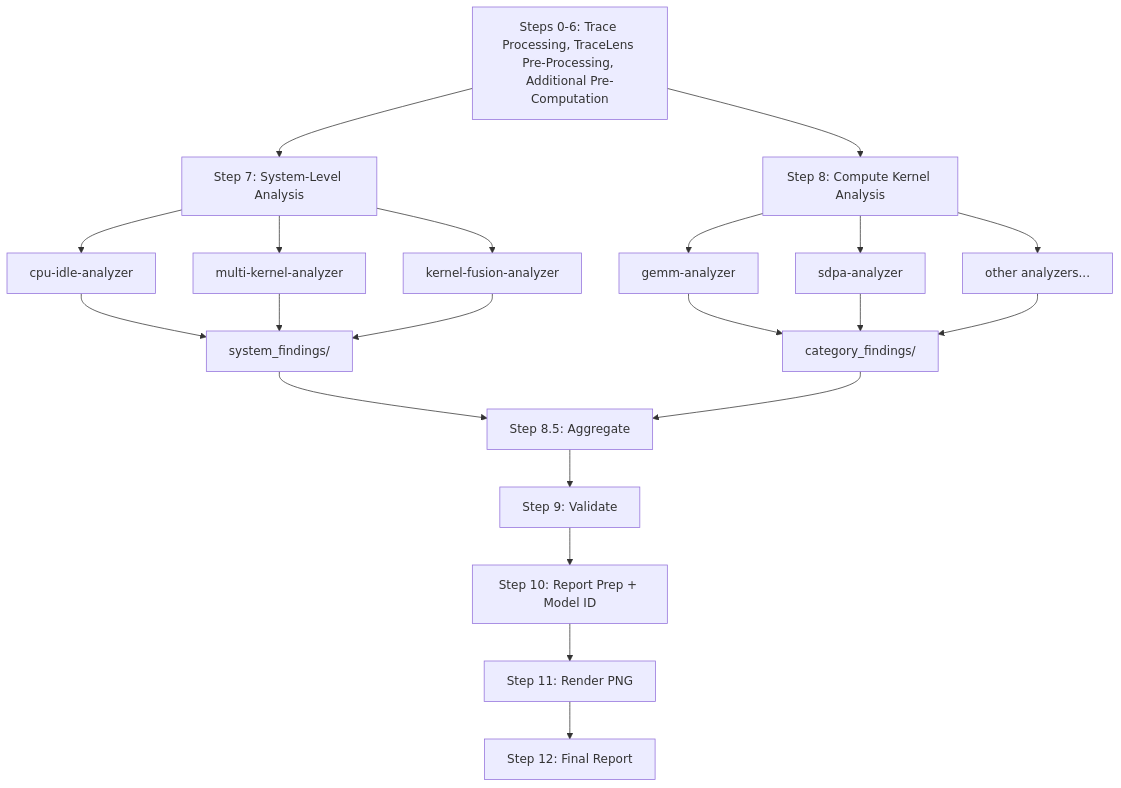
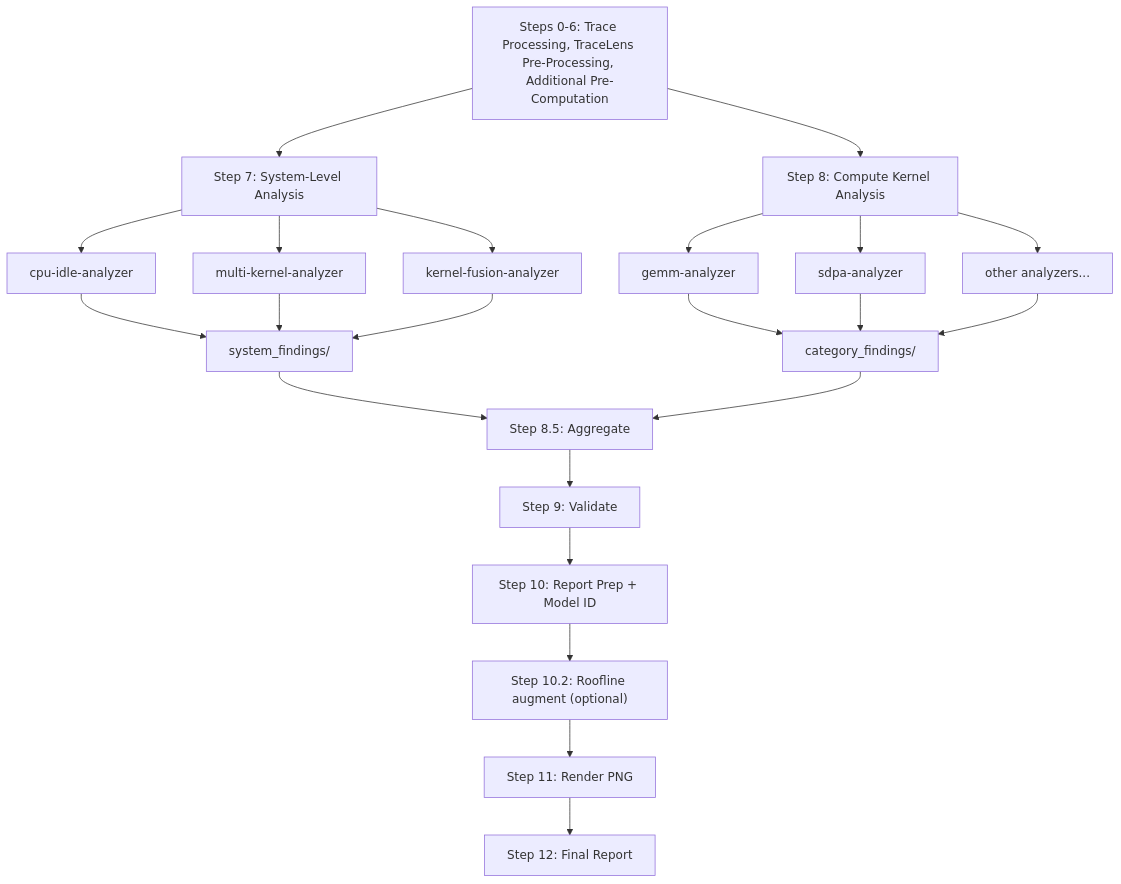
One commit to AMD-AGI/TraceLens changed the diagram in TraceLens/Agent/Analysis/README.md. Above: the diagram before and after it, drawn with Mermaid. The commit also changed other lines of this file and 5 other files, not shown here.

````diff
--- a/TraceLens/Agent/Analysis/README.md
+++ b/TraceLens/Agent/Analysis/README.md
@@ -238,27 +238,28 @@
 ```mermaid
 flowchart TD
     Prep["Steps 0-6: Trace Processing, TraceLens Pre-Processing, Additional Pre-Computation"]
     Prep --> Step7["Step 7: System-Level Analysis"]
     Prep --> Step8["Step 8: Compute Kernel Analysis"]
 
     Step7 --> CpuIdle["cpu-idle-analyzer"]
     Step7 --> MultiKernel["multi-kernel-analyzer"]
     Step7 --> KernelFusion["kernel-fusion-analyzer"]
     CpuIdle --> SysFindings["system_findings/"]
     MultiKernel --> SysFindings
     KernelFusion --> SysFindings
 
     Step8 --> Gemm["gemm-analyzer"]
     Step8 --> Sdpa["sdpa-analyzer"]
     Step8 --> Others["other analyzers..."]
     Gemm --> CatFindings["category_findings/"]
     Sdpa --> CatFindings
     Others --> CatFindings
 
     SysFindings --> Agg["Step 8.5: Aggregate"]
     CatFindings --> Agg
     Agg --> Step9["Step 9: Validate"]
     Step9 --> Step10["Step 10: Report Prep + Model ID"]
-    Step10 --> Step11["Step 11: Render PNG"]
+    Step10 --> Step102["Step 10.2: Roofline augment (optional)"]
+    Step102 --> Step11["Step 11: Render PNG"]
     Step11 --> Step12["Step 12: Final Report"]
 ```
````
